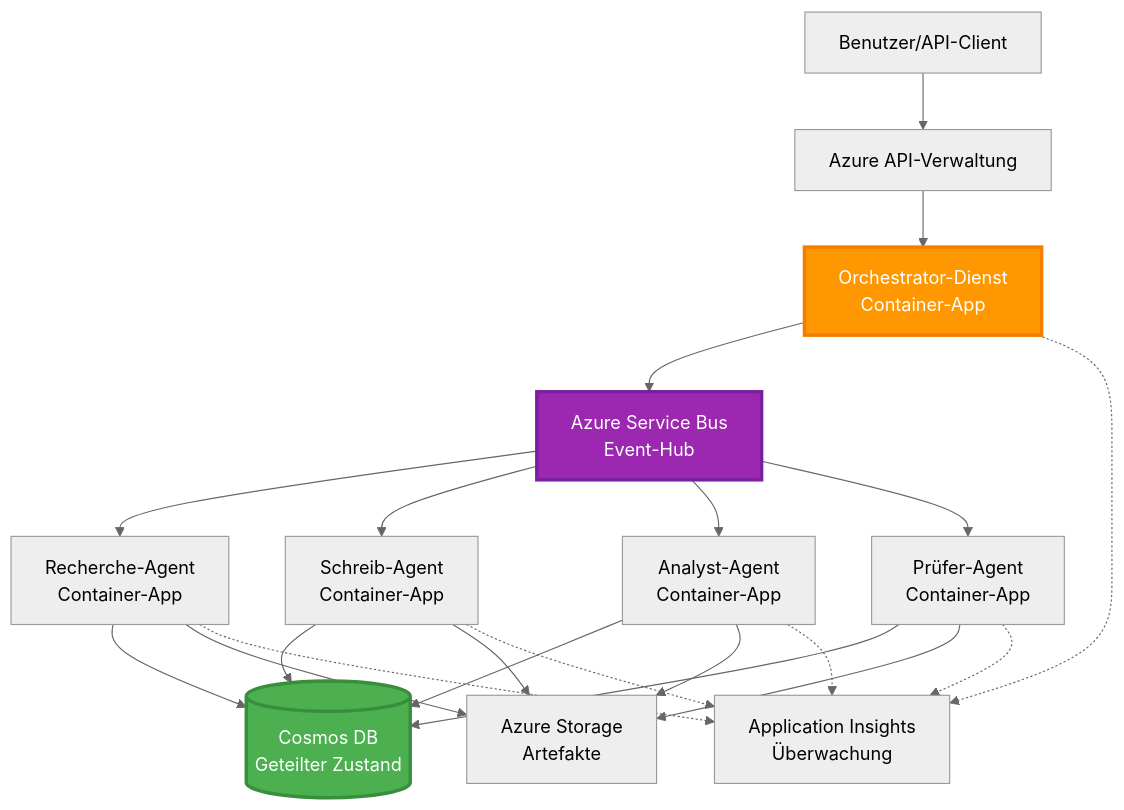
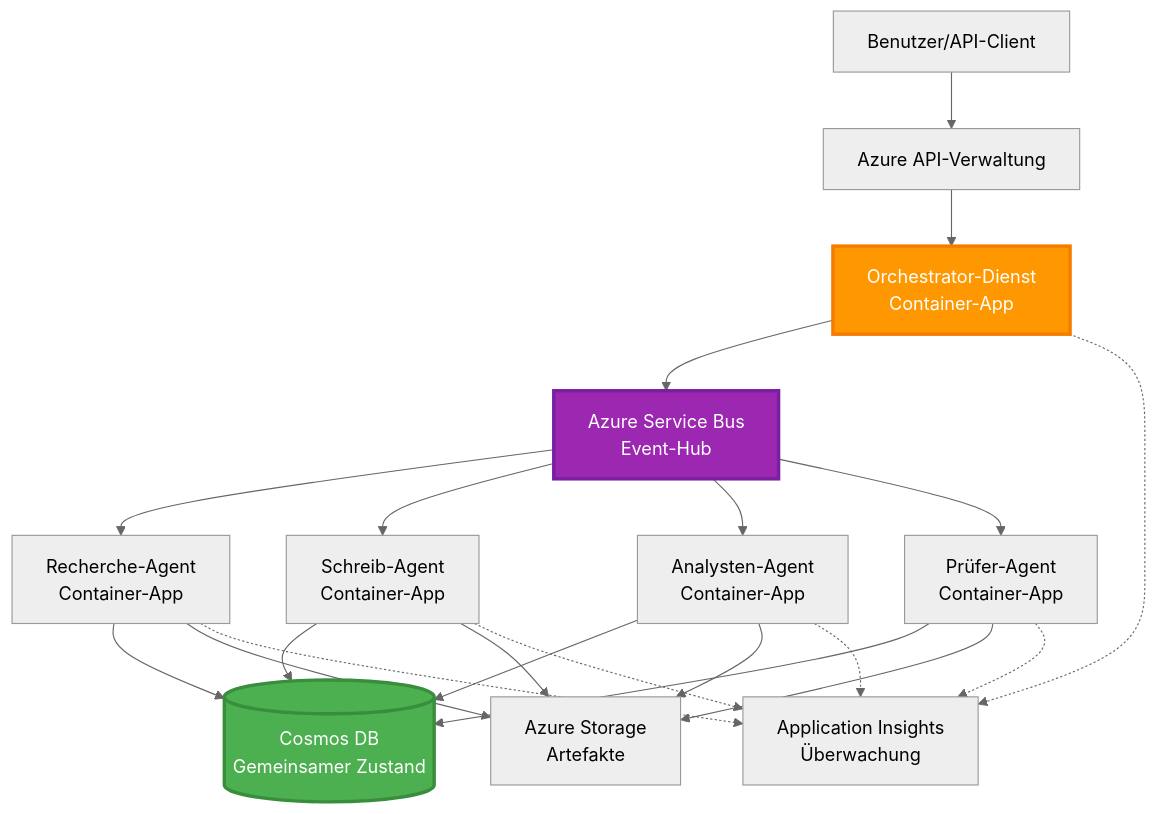
One commit to microsoft/AZD-for-beginners changed the fifth of 5 diagrams in translations/de/docs/chapter-06-pre-deployment/coordination-patterns.md. Above: the diagram before and after it, drawn with Mermaid (neutral theme). The commit also changed other lines of this file and 101 other files, not shown here.

````diff
--- a/translations/de/docs/chapter-06-pre-deployment/coordination-patterns.md
+++ b/translations/de/docs/chapter-06-pre-deployment/coordination-patterns.md
@@ -272,45 +265,45 @@
 ```mermaid
 graph TB
     User[Benutzer/API-Client]
     APIM[Azure API-Verwaltung]
     Orchestrator[Orchestrator-Dienst<br/>Container-App]
     ServiceBus[Azure Service Bus<br/>Event-Hub]
     
     Agent1[Recherche-Agent<br/>Container-App]
     Agent2[Schreib-Agent<br/>Container-App]
-    Agent3[Analyst-Agent<br/>Container-App]
+    Agent3[Analysten-Agent<br/>Container-App]
     Agent4[Prüfer-Agent<br/>Container-App]
     
-    CosmosDB[(Cosmos DB<br/>Geteilter Zustand)]
+    CosmosDB[(Cosmos DB<br/>Gemeinsamer Zustand)]
     Storage[Azure Storage<br/>Artefakte]
     AppInsights[Application Insights<br/>Überwachung]
     
     User --> APIM
     APIM --> Orchestrator
     
     Orchestrator --> ServiceBus
     ServiceBus --> Agent1
     ServiceBus --> Agent2
     ServiceBus --> Agent3
     ServiceBus --> Agent4
     
     Agent1 --> CosmosDB
     Agent2 --> CosmosDB
     Agent3 --> CosmosDB
     Agent4 --> CosmosDB
     
     Agent1 --> Storage
     Agent2 --> Storage
     Agent3 --> Storage
     Agent4 --> Storage
     
     Orchestrator -.-> AppInsights
     Agent1 -.-> AppInsights
     Agent2 -.-> AppInsights
     Agent3 -.-> AppInsights
     Agent4 -.-> AppInsights
     
     style Orchestrator fill:#FF9800,stroke:#F57C00,stroke-width:3px,color:#fff
     style ServiceBus fill:#9C27B0,stroke:#7B1FA2,stroke-width:3px,color:#fff
     style CosmosDB fill:#4CAF50,stroke:#388E3C,stroke-width:3px,color:#fff
 ```
````
